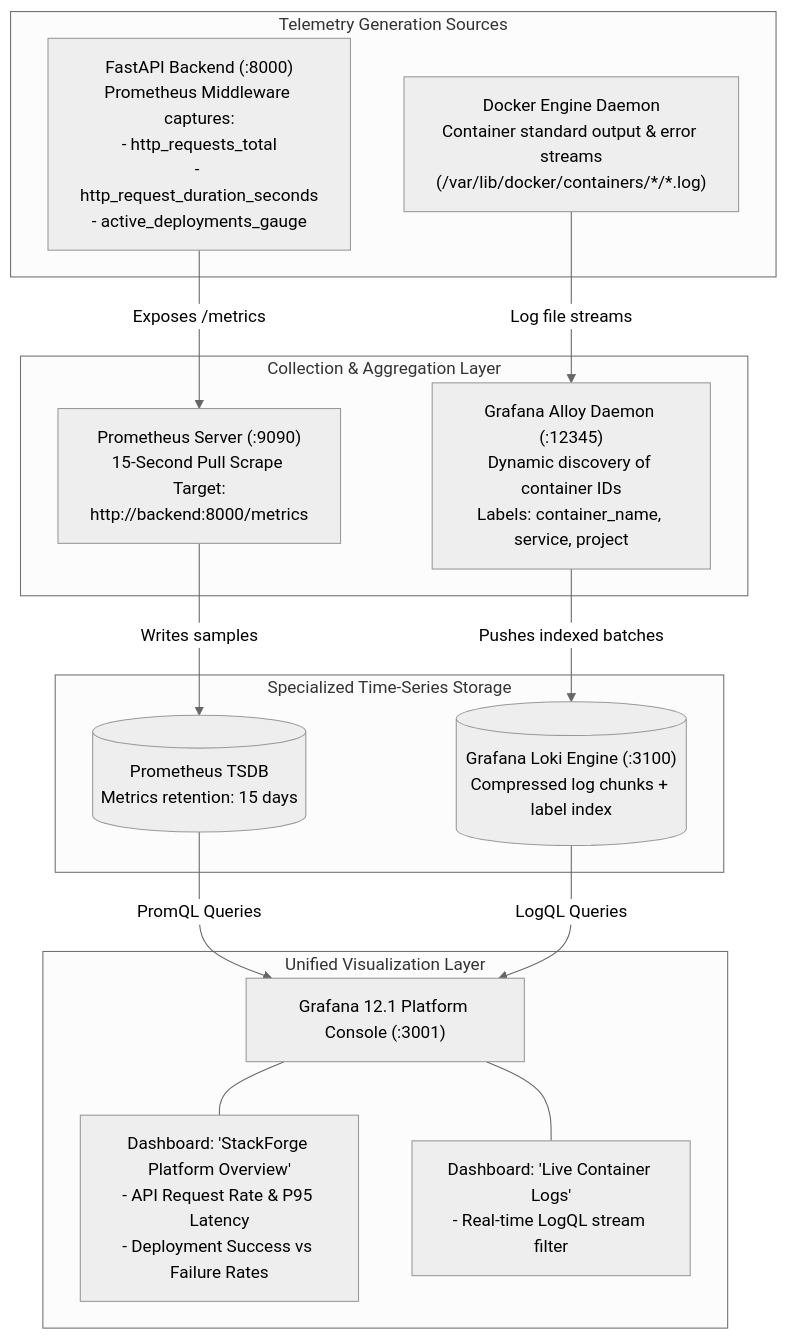
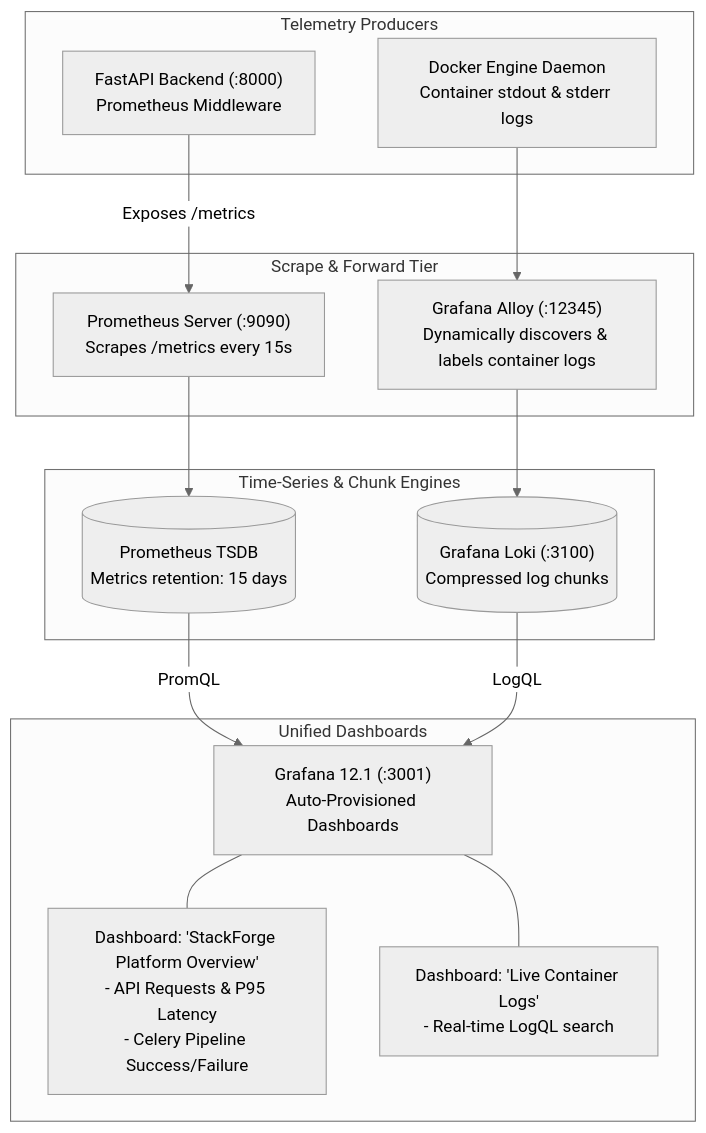
One commit to satviashwin369-creator/StackForge changed the eighth of 9 diagrams in docs/Architecture.md. Above: the diagram before and after it, drawn with Mermaid (neutral theme). The commit also changed other lines of this file and 10 other files, not shown here.

Commit message:
docs(arch): embed 9 standalone high-res visual SVG diagrams and remove duplicate sections

````diff
--- a/docs/Architecture.md
+++ b/docs/Architecture.md
@@ -572,35 +511,34 @@
 ```mermaid
 flowchart TD
-    subgraph WorkloadSources ["Telemetry Generation Sources"]
-        FastAPIApp["FastAPI Backend (:8000)<br/>Prometheus Middleware captures:<br/>- http_requests_total<br/>- http_request_duration_seconds<br/>- active_deployments_gauge"]
-        DockerEngine["Docker Engine Daemon<br/>Container standard output & error streams<br/>(/var/lib/docker/containers/*/*.log)"]
+    subgraph AppSources ["Telemetry Producers"]
+        FastAPI["FastAPI Backend (:8000)<br/>Prometheus Middleware"]
+        Containers["Docker Engine Daemon<br/>Container stdout & stderr logs"]
     end
 
-    subgraph ScrapeAndCollect ["Collection & Aggregation Layer"]
-        PrometheusServer["Prometheus Server (:9090)<br/>15-Second Pull Scrape Target:<br/>http://backend:8000/metrics"]
-        GrafanaAlloy["Grafana Alloy Daemon (:12345)<br/>Dynamic discovery of container IDs<br/>Labels: container_name, service, project"]
+    subgraph Collection ["Scrape & Forward Tier"]
+        Prometheus["Prometheus Server (:9090)<br/>Scrapes /metrics every 15s"]
+        Alloy["Grafana Alloy (:12345)<br/>Dynamically discovers & labels container logs"]
     end
 
-    subgraph StorageEngines ["Specialized Time-Series Storage"]
+    subgraph TSDBEngine ["Time-Series & Chunk Engines"]
         PromTSDB[("Prometheus TSDB<br/>Metrics retention: 15 days")]
-        LokiTSDB[("Grafana Loki Engine (:3100)<br/>Compressed log chunks + label index")]
+        LokiTSDB[("Grafana Loki (:3100)<br/>Compressed log chunks")]
     end
 
-    subgraph VisualizationLayer ["Unified Visualization Layer"]
-        GrafanaDashboards["Grafana 12.1 Platform Console (:3001)"]
-        Dash1["Dashboard: 'StackForge Platform Overview'<br/>- API Request Rate & P95 Latency<br/>- Deployment Success vs Failure Rates"]
-        Dash2["Dashboard: 'Live Container Logs'<br/>- Real-time LogQL stream filter"]
+    subgraph Dashboards ["Unified Dashboards"]
+        Grafana["Grafana 12.1 (:3001)<br/>Auto-Provisioned Dashboards"]
+        D1["Dashboard: 'StackForge Platform Overview'<br/>- API Requests & P95 Latency<br/>- Celery Pipeline Success/Failure"]
+        D2["Dashboard: 'Live Container Logs'<br/>- Real-time LogQL search"]
     end
 
-    FastAPIApp -->|"Exposes /metrics"| PrometheusServer
-    PrometheusServer -->|"Writes samples"| PromTSDB
+    FastAPI -->|"Exposes /metrics"| Prometheus
+    Prometheus --> PromTSDB
 
-    DockerEngine -->|"Log file streams"| GrafanaAlloy
-    GrafanaAlloy -->|"Pushes indexed batches"| LokiTSDB
+    Containers --> Alloy
+    Alloy --> LokiTSDB
 
-    PromTSDB -->|"PromQL Queries"| GrafanaDashboards
-    LokiTSDB -->|"LogQL Queries"| GrafanaDashboards
+    PromTSDB -->|"PromQL"| Grafana
+    LokiTSDB -->|"LogQL"| Grafana
 
-    GrafanaDashboards --- Dash1
-    GrafanaDashboards --- Dash2
+    Grafana --- D1 & D2
 ```
````
